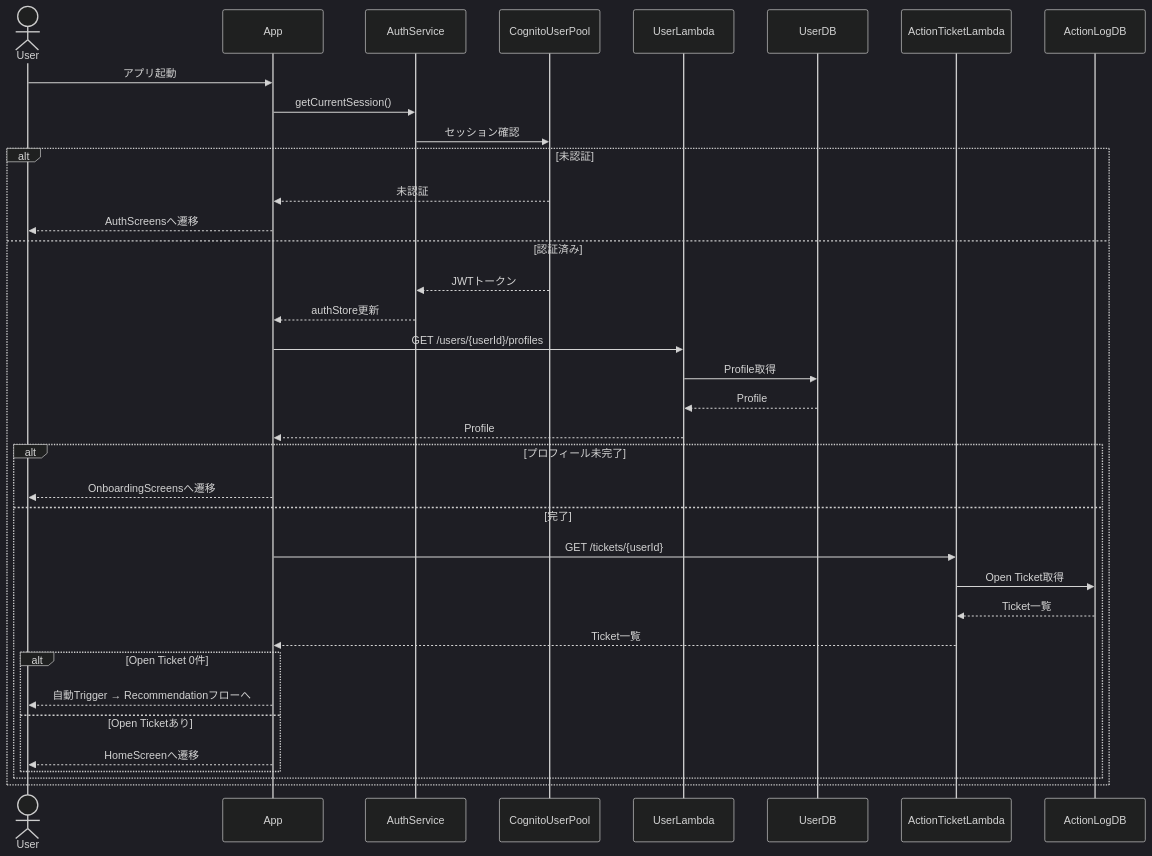
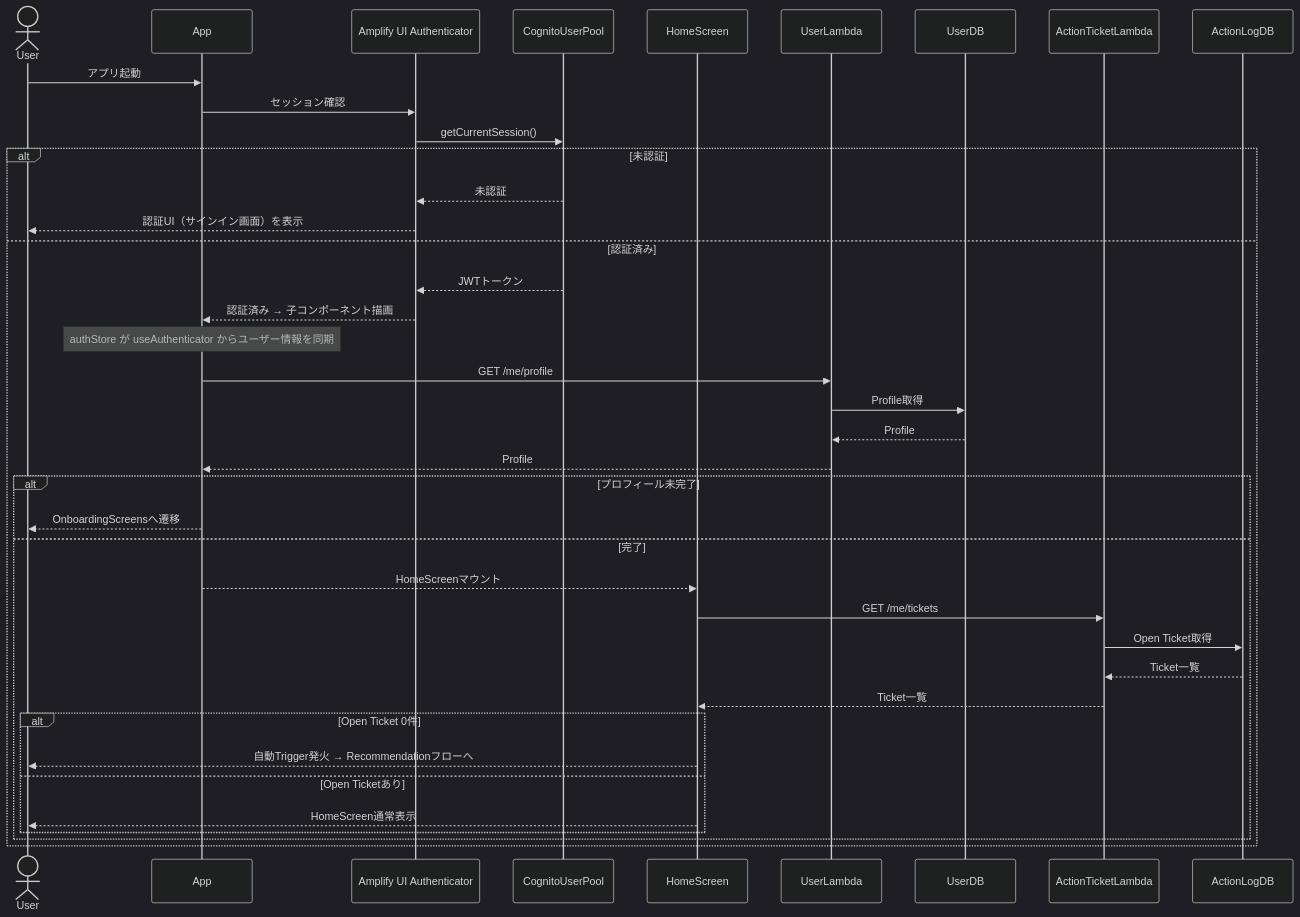
The second of 10 diagrams in aidlc-docs/inception/application-design/component-dependency.md (aws-dlc-hackathon-team-a/team-a), drawn with Mermaid (dark theme) before and after one commit. The commit also changed other lines of this file and 10 other files, not shown here.

````diff
--- a/aidlc-docs/inception/application-design/component-dependency.md
+++ b/aidlc-docs/inception/application-design/component-dependency.md
@@ -108,39 +114,42 @@
 ```mermaid
 sequenceDiagram
     actor User
     participant App
-    participant AuthService
+    participant Authenticator as Amplify UI Authenticator
     participant Cognito as CognitoUserPool
+    participant HomeScreen
     participant UserLambda
     participant UserDB
     participant ActionTicketLambda
     participant ActionLogDB
 
     User->>App: アプリ起動
-    App->>AuthService: getCurrentSession()
-    AuthService->>Cognito: セッション確認
+    App->>Authenticator: セッション確認
+    Authenticator->>Cognito: getCurrentSession()
     alt 未認証
-        Cognito-->>App: 未認証
-        App-->>User: AuthScreensへ遷移
+        Cognito-->>Authenticator: 未認証
+        Authenticator-->>User: 認証UI（サインイン画面）を表示
     else 認証済み
-        Cognito-->>AuthService: JWTトークン
-        AuthService-->>App: authStore更新
-        App->>UserLambda: GET /users/{userId}/profiles
+        Cognito-->>Authenticator: JWTトークン
+        Authenticator-->>App: 認証済み → 子コンポーネント描画
+        Note over App: authStore が useAuthenticator からユーザー情報を同期
+        App->>UserLambda: GET /me/profile
         UserLambda->>UserDB: Profile取得
         UserDB-->>UserLambda: Profile
         UserLambda-->>App: Profile
         alt プロフィール未完了
             App-->>User: OnboardingScreensへ遷移
         else 完了
-            App->>ActionTicketLambda: GET /tickets/{userId}
+            App-->>HomeScreen: HomeScreenマウント
+            HomeScreen->>ActionTicketLambda: GET /me/tickets
             ActionTicketLambda->>ActionLogDB: Open Ticket取得
             ActionLogDB-->>ActionTicketLambda: Ticket一覧
-            ActionTicketLambda-->>App: Ticket一覧
+            ActionTicketLambda-->>HomeScreen: Ticket一覧
             alt Open Ticket 0件
-                App-->>User: 自動Trigger → Recommendationフローへ
+                HomeScreen-->>User: 自動Trigger発火 → Recommendationフローへ
             else Open Ticketあり
-                App-->>User: HomeScreenへ遷移
+                HomeScreen-->>User: HomeScreen通常表示
             end
         end
     end
 ```
````
